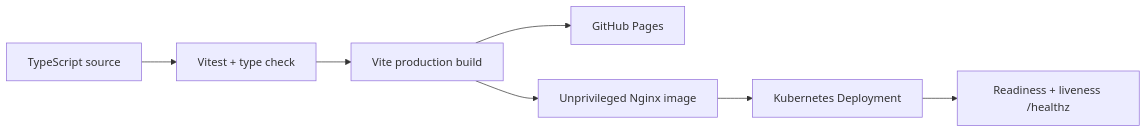
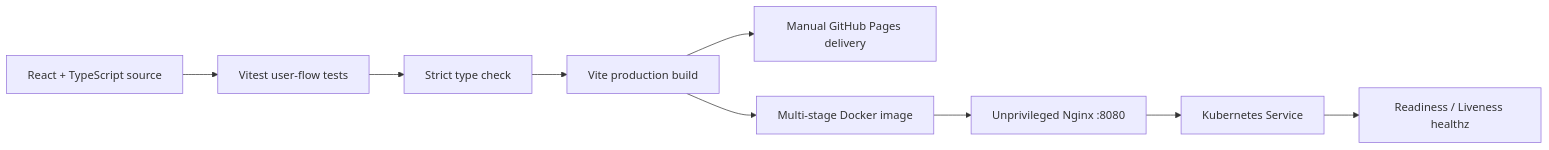
One commit to taeyoungk-dev/trending_pages changed the diagram in README.md. Above: the diagram before and after it, drawn with Mermaid. The commit also changed other lines of this file and 1 other file, not shown here.

````diff
--- a/README.md
+++ b/README.md
@@ -34,9 +120,11 @@
 ```mermaid
 flowchart LR
-  A[TypeScript source] --> B[Vitest + type check]
-  B --> C[Vite production build]
-  C --> D[GitHub Pages]
-  C --> E[Unprivileged Nginx image]
-  E --> F[Kubernetes Deployment]
-  F --> G[Readiness + liveness /healthz]
+  A[React + TypeScript source] --> B[Vitest user-flow tests]
+  B --> C[Strict type check]
+  C --> D[Vite production build]
+  D --> E[Manual GitHub Pages delivery]
+  D --> F[Multi-stage Docker image]
+  F --> G[Unprivileged Nginx :8080]
+  G --> H[Kubernetes Service]
+  H --> I[Readiness / Liveness healthz]
 ```
````
